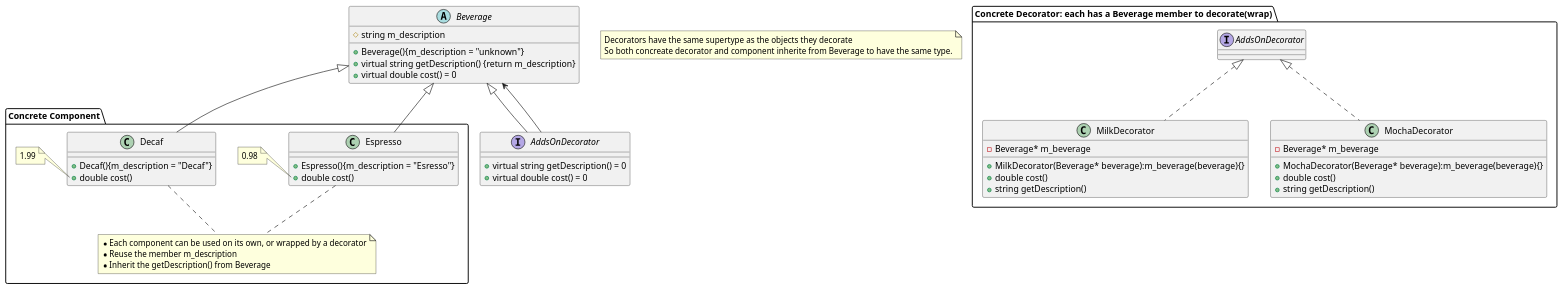
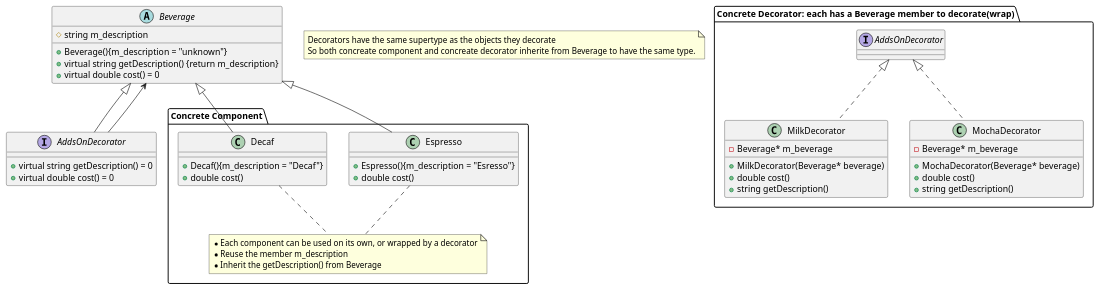
The diagram in ch03_Decorator/plantuml/Decorator_class.plantuml (jwbecalm/Head-First-Design-Patterns-in-CPP), drawn with PlantUML before and after one commit. The commit also changed 14 other files, not shown here.

```diff
--- a/ch03_Decorator/plantuml/Decorator_class.plantuml
+++ b/ch03_Decorator/plantuml/Decorator_class.plantuml
@@ -1,63 +1,59 @@
 @startuml Decorator Pattern
 
 abstract Beverage{
     # string m_description 
     + Beverage(){m_description = "unknown"}
     + virtual string getDescription() {return m_description}
     + virtual double cost() = 0
 }
-note "Decorators have the same supertype as the objects they decorate\nSo both concreate decorator and component inherite from Beverage to have the same type." as N3
+note "Decorators have the same supertype as the objects they decorate\nSo both concreate component and concreate decorator inherite from Beverage to have the same type." as N3
 
 Interface AddsOnDecorator{
     + virtual string getDescription() = 0
     + virtual double cost() = 0
 }
 
 
 Beverage <|-- AddsOnDecorator
 
 ' Each concrete decorator\n has a Beverage member to decorate(wrap)
 Beverage <-- AddsOnDecorator
 
 
 package "Concrete Component"{
 class Espresso  {
     + Espresso(){m_description = "Esresso"}
     + double cost()
 }
-note left of Espresso::cost()
-0.98
-end note
+
 class Decaf {
     + Decaf(){m_description = "Decaf"}
     + double cost()
 }
-note left of Decaf::cost()
-1.99
-end note
+
 note "*Each component can be used on its own, or wrapped by a decorator\n*Reuse the member m_description\n*Inherit the getDescription() from Beverage" as N1
 Decaf .. N1
 Espresso .. N1
 }
 
 Beverage <|-- Espresso
 Beverage <|-- Decaf
 package "Concrete Decorator: each has a Beverage member to decorate(wrap)"{
 
 class MilkDecorator implements AddsOnDecorator{
     - Beverage* m_beverage
-    + MilkDecorator(Beverage* beverage):m_beverage(beverage){}
+    + MilkDecorator(Beverage* beverage)
     + double cost()
     + string getDescription()
 }
 
 class MochaDecorator implements AddsOnDecorator{
     - Beverage* m_beverage
-    + MochaDecorator(Beverage* beverage):m_beverage(beverage){}
+    + MochaDecorator(Beverage* beverage)
     + double cost()
     + string getDescription()
 }
 
 
 }
 @enduml
```
